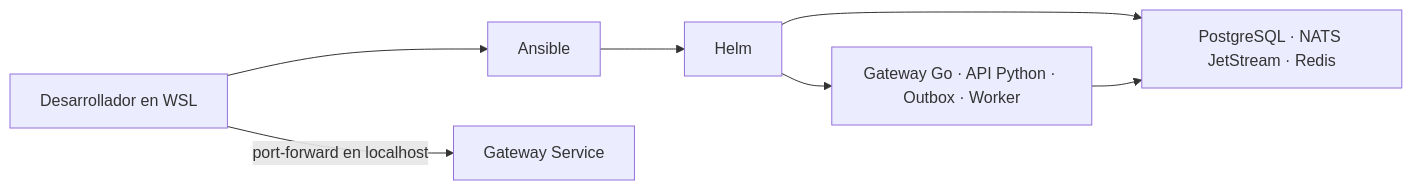
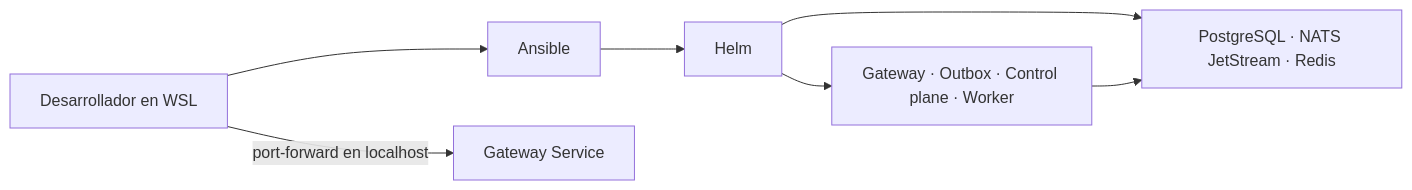
Before and after one commit to gamurigm/trama-platform: the diagram in docs/superpowers/specs/2026-09-28-trama-kubernetes-local-design.md, drawn with Mermaid. The commit also changed other lines of this file and 9 other files, not shown here.

````diff
--- a/docs/superpowers/specs/2026-09-28-trama-kubernetes-local-design.md
+++ b/docs/superpowers/specs/2026-09-28-trama-kubernetes-local-design.md
@@ -26,9 +27,9 @@
-```mermaid
+~~~mermaid
 flowchart LR
     Dev[Desarrollador en WSL] --> Ansible
     Ansible --> Helm
     Helm --> Infra[PostgreSQL · NATS JetStream · Redis]
-    Helm --> App[Gateway Go · API Python · Outbox · Worker]
+    Helm --> App[Gateway · Outbox · Control plane · Worker]
     App --> Infra
     Dev -->|port-forward en localhost| Gateway[Gateway Service]
-```
+~~~
````
